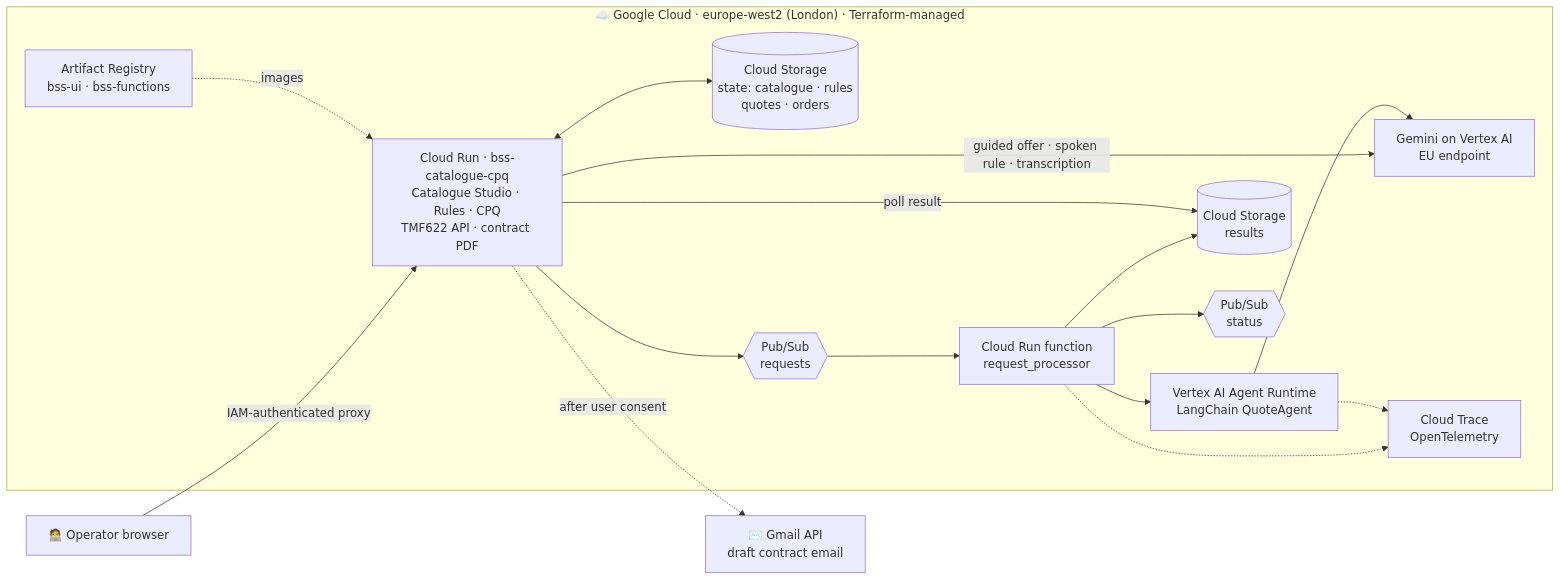
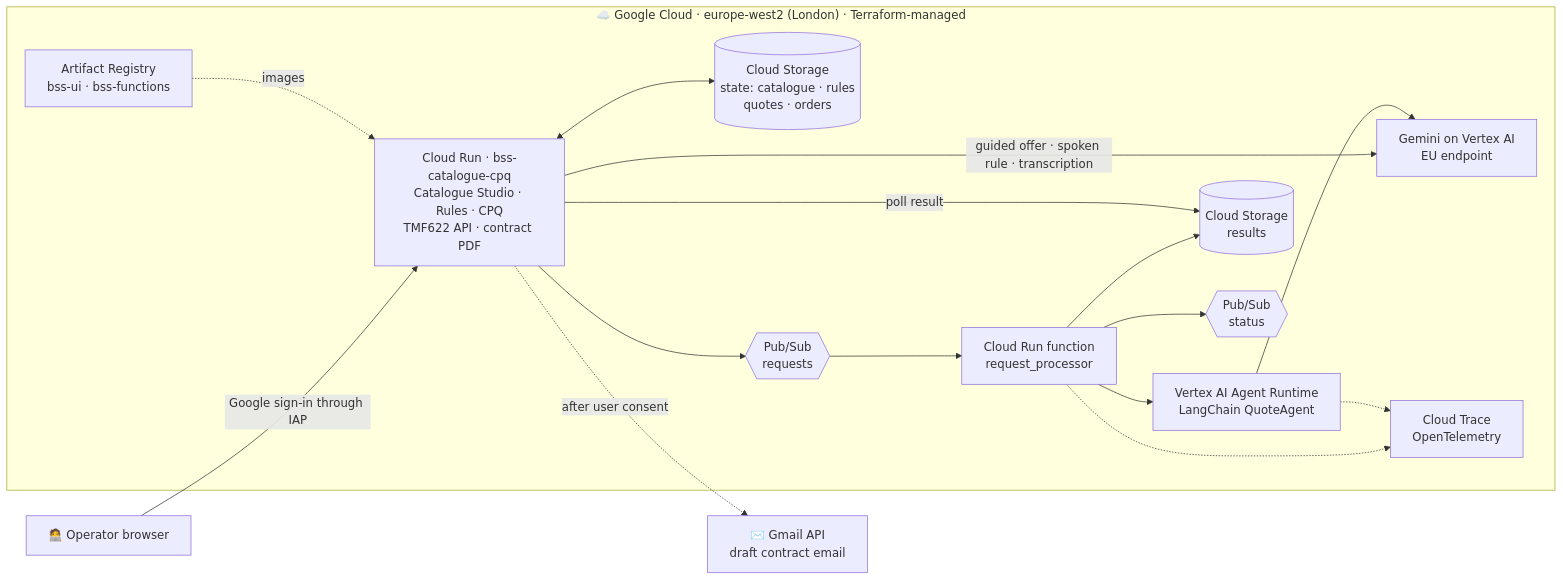
Before and after one commit to Sandesh113/BSS-GCP-Agent: the second of 3 diagrams in README.md, drawn with Mermaid. The commit also changed other lines of this file and 2 other files, not shown here.

Commit message:
Enable direct IAP access for hosted BSS app

````diff
--- a/README.md
+++ b/README.md
@@ -118,29 +118,29 @@
 ```mermaid
 flowchart LR
-    USER["🧑‍💻 Operator browser"] -- "IAM-authenticated proxy" --> UI
+    USER["🧑‍💻 Operator browser"] -- "Google sign-in through IAP" --> UI
 
     subgraph GCP["☁️ Google Cloud · europe-west2 (London) · Terraform-managed"]
         UI["Cloud Run · bss-catalogue-cpq<br/>Catalogue Studio · Rules · CPQ<br/>TMF622 API · contract PDF"]
         STATE[("Cloud Storage<br/>state: catalogue · rules<br/>quotes · orders")]
         REQ{{"Pub/Sub<br/>requests"}}
         FN["Cloud Run function<br/>request_processor"]
         AGENT["Vertex AI Agent Runtime<br/>LangChain QuoteAgent"]
         GEM["Gemini on Vertex AI<br/>EU endpoint"]
         RES[("Cloud Storage<br/>results")]
         STAT{{"Pub/Sub<br/>status"}}
         OBS["Cloud Trace<br/>OpenTelemetry"]
         REG["Artifact Registry<br/>bss-ui · bss-functions"]
     end
     GMAIL["✉️ Gmail API<br/>draft contract email"]
 
     UI <--> STATE
     UI -- "guided offer · spoken rule · transcription" --> GEM
     UI --> REQ --> FN --> AGENT --> GEM
     FN --> RES
     FN --> STAT
     UI -- "poll result" --> RES
     FN -.-> OBS
     AGENT -.-> OBS
     UI -. "after user consent" .-> GMAIL
     REG -. "images" .-> UI
 ```
````
